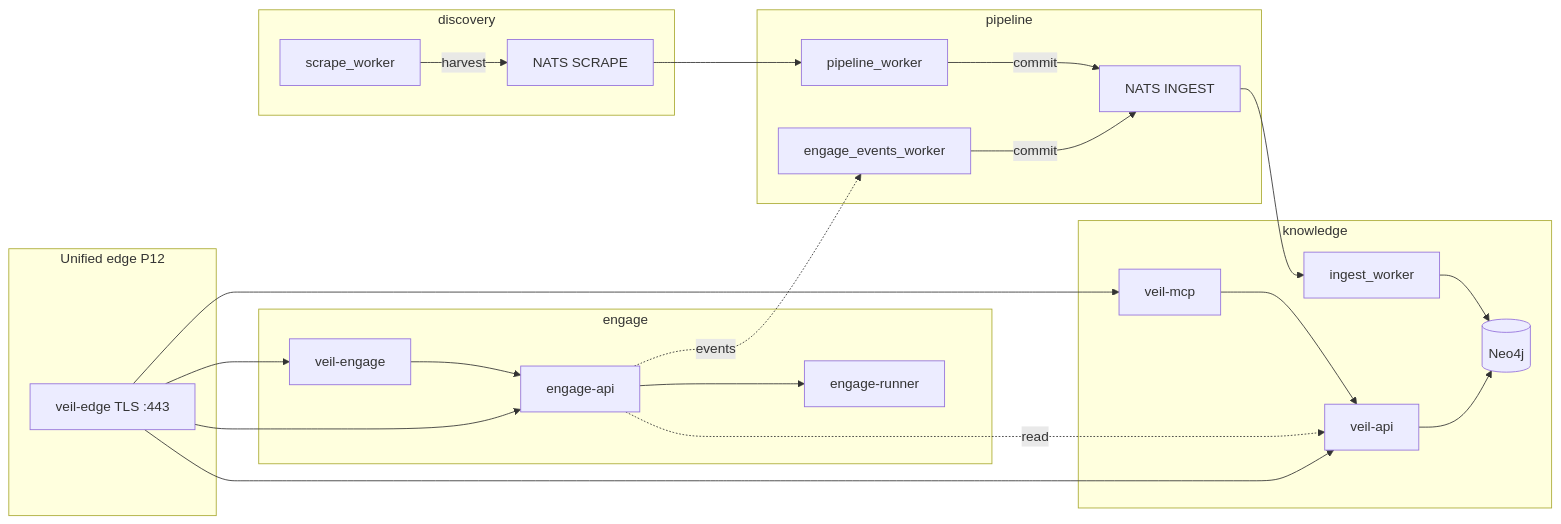
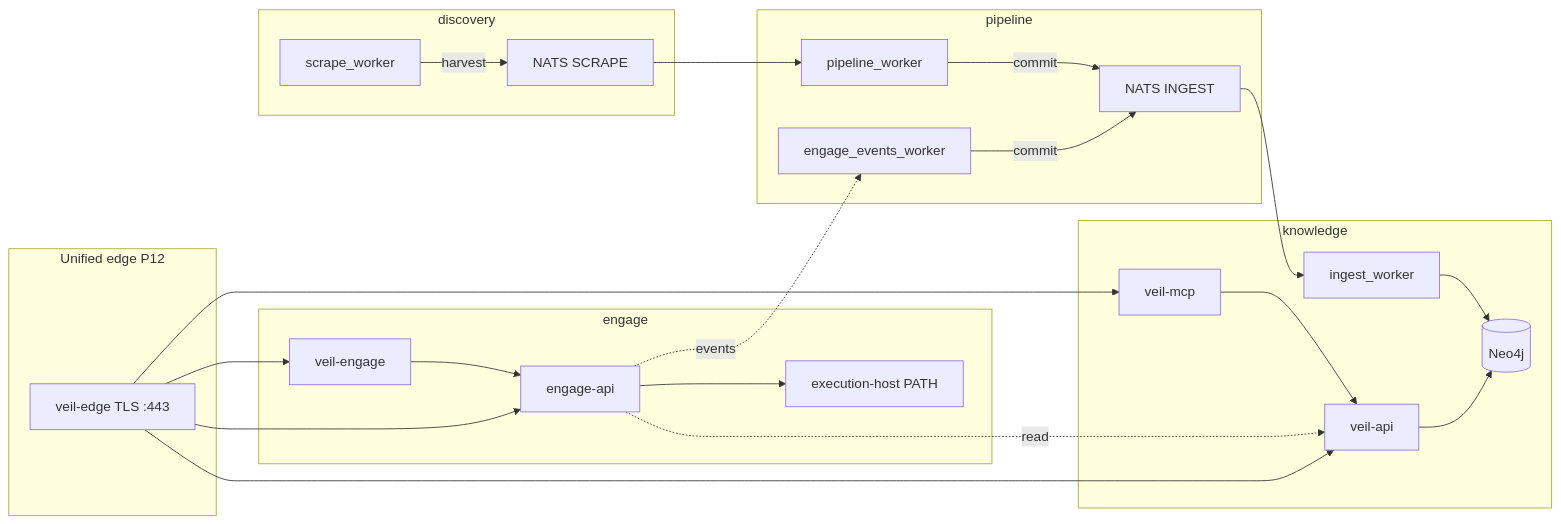
Before and after one commit to butbeautifulv/threat_intelligence: the diagram in README.md, drawn with Mermaid. The commit also changed other lines of this file and 4 other files, not shown here.

````diff
--- a/README.md
+++ b/README.md
@@ -29,38 +29,38 @@
 ```mermaid
 flowchart LR
   subgraph edge [Unified edge P12]
     NGX[veil-edge TLS :443]
   end
   subgraph discovery [discovery]
     SW[scrape_worker]
     SW -->|harvest| NATS1[NATS SCRAPE]
   end
   subgraph pipeline [pipeline]
     PW[pipeline_worker]
     EEW[engage_events_worker]
     NATS1 --> PW
     PW -->|commit| NATS2[NATS INGEST]
     EEW -->|commit| NATS2
   end
   subgraph knowledge [knowledge]
     IW[ingest_worker]
     Neo4j[(Neo4j)]
     API[veil-api]
     MCPg[veil-mcp]
     NATS2 --> IW --> Neo4j
     API --> Neo4j
     MCPg --> API
   end
   subgraph engage [engage]
     EngAPI[engage-api]
     EngMCP[veil-engage]
-    Runner[engage-runner]
-    EngMCP --> EngAPI --> Runner
+    HostPATH[execution-host PATH]
+    EngMCP --> EngAPI --> HostPATH
     EngAPI -.->|read| API
     EngAPI -.->|events| EEW
   end
   NGX --> API
   NGX --> MCPg
   NGX --> EngAPI
   NGX --> EngMCP
 ```
````
